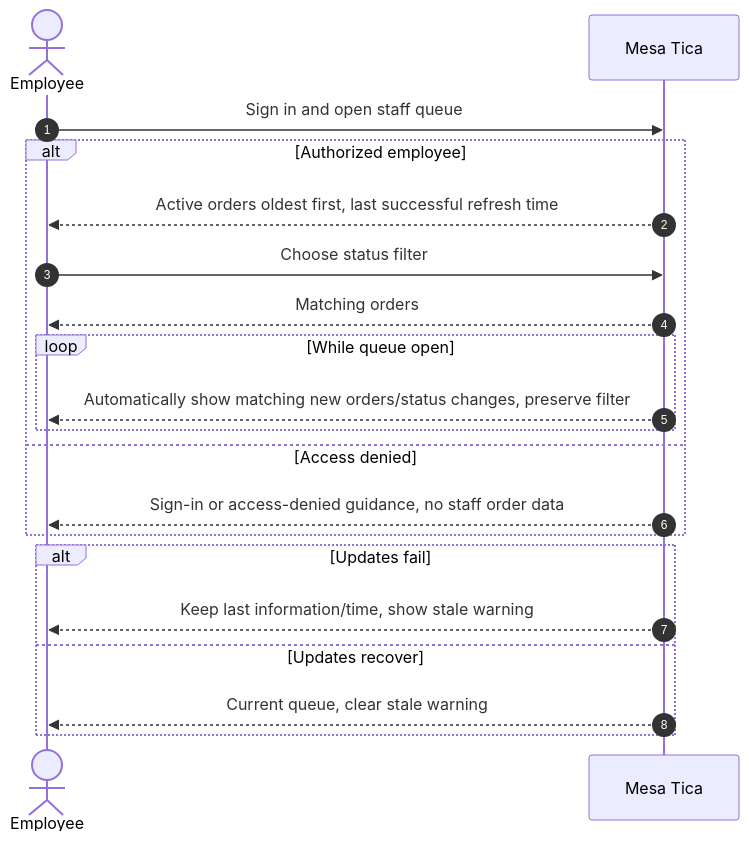
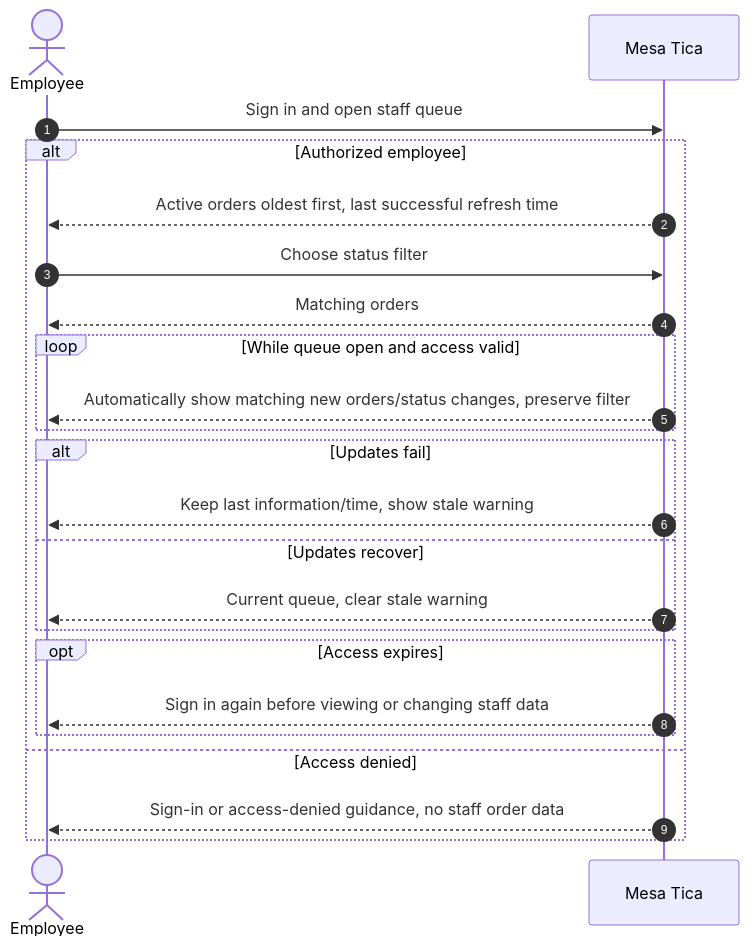
Before and after one commit to axantillon/mesa-tica: the diagram in design/diagrams/B1-queue.mmd, drawn with Mermaid. The commit also changed 5 other files, not shown here.

```diff
--- a/design/diagrams/B1-queue.mmd
+++ b/design/diagrams/B1-queue.mmd
@@ -1,20 +1,23 @@
 sequenceDiagram
     autonumber
     actor Employee
     participant Product as Mesa Tica
     Employee->>Product: Sign in and open staff queue
     alt Authorized employee
     Product-->>Employee: Active orders oldest first, last successful refresh time
     Employee->>Product: Choose status filter
     Product-->>Employee: Matching orders
-    loop While queue open
+    loop While queue open and access valid
     Product-->>Employee: Automatically show matching new orders/status changes, preserve filter
-    end
-    else Access denied
-    Product-->>Employee: Sign-in or access-denied guidance, no staff order data
     end
     alt Updates fail
     Product-->>Employee: Keep last information/time, show stale warning
     else Updates recover
     Product-->>Employee: Current queue, clear stale warning
     end
+    opt Access expires
+    Product-->>Employee: Sign in again before viewing or changing staff data
+    end
+    else Access denied
+    Product-->>Employee: Sign-in or access-denied guidance, no staff order data
+    end
```
